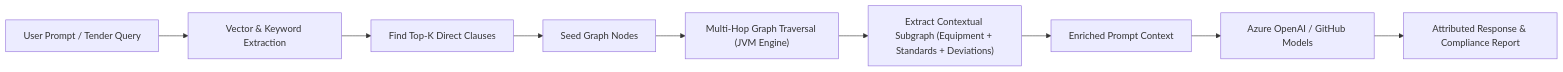
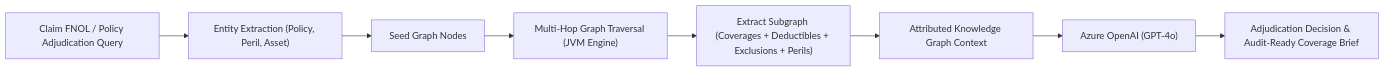
Before and after one commit to anjani2016/azure-enterprise-graphrag: the diagram in modelling.md, drawn with Mermaid. The commit also changed other lines of this file and 12 other files, not shown here.

Commit message:
feat(insurance): pivot GraphRAG to insurance claims domain and add serverless Azure Container Apps IaC

````diff
--- a/modelling.md
+++ b/modelling.md
@@ -33,11 +39,10 @@
 ```mermaid
 graph LR
-    UserQuery["User Prompt / Tender Query"] --> EmbedQuery["Vector & Keyword Extraction"]
-    EmbedQuery --> VectorMatch["Find Top-K Direct Clauses"]
-    VectorMatch --> SeedNodes["Seed Graph Nodes"]
+    ClaimQuery["Claim FNOL / Policy Adjudication Query"] --> SeedExtraction["Entity Extraction (Policy, Peril, Asset)"]
+    SeedExtraction --> SeedNodes["Seed Graph Nodes"]
     SeedNodes --> MultiHop["Multi-Hop Graph Traversal (JVM Engine)"]
-    MultiHop --> Subgraph["Extract Contextual Subgraph (Equipment + Standards + Deviations)"]
-    Subgraph --> AIContext["Enriched Prompt Context"]
-    AIContext --> LLM["Azure OpenAI / GitHub Models"]
-    LLM --> VerifiedAnswer["Attributed Response & Compliance Report"]
+    MultiHop --> Subgraph["Extract Subgraph (Coverages + Deductibles + Exclusions + Perils)"]
+    Subgraph --> AIContext["Attributed Knowledge Graph Context"]
+    AIContext --> LLM["Azure OpenAI (GPT-4o)"]
+    LLM --> VerifiedDecision["Adjudication Decision & Audit-Ready Coverage Brief"]
 ```
````
